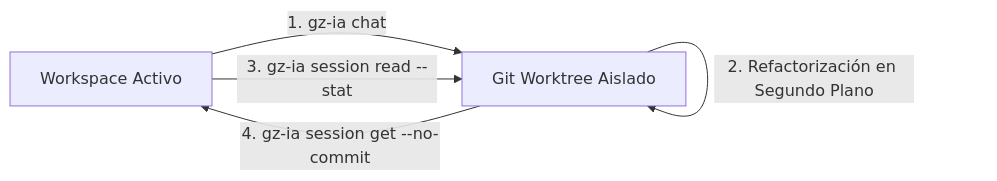
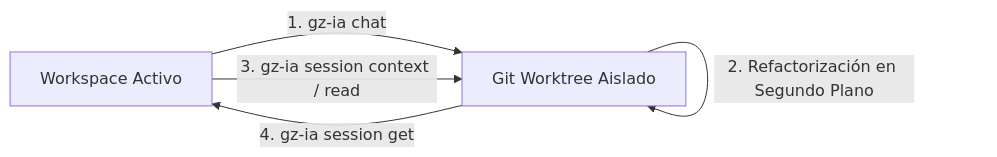
Before and after one commit to GountzJs/gountz-ia: the diagram in docs/guide/workflows.md, drawn with Mermaid. The commit also changed other lines of this file and 8 other files, not shown here.

````diff
--- a/docs/guide/workflows.md
+++ b/docs/guide/workflows.md
@@ -11,7 +11,7 @@
 ```mermaid
 flowchart LR
     A["Workspace Activo"] -->|"1. gz-ia chat"| B["Git Worktree Aislado"]
     B -->|"2. Refactorización en Segundo Plano"| B
-    A -->|"3. gz-ia session read --stat"| B
-    B -->|"4. gz-ia session get --no-commit"| A
+    A -->|"3. gz-ia session context / read"| B
+    B -->|"4. gz-ia session get"| A
 ```
````
